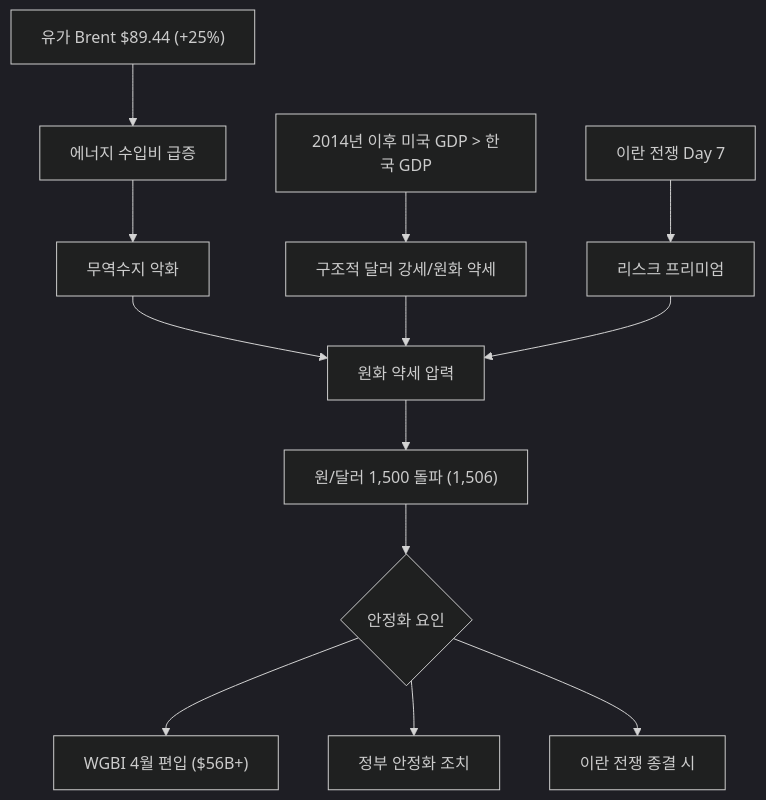
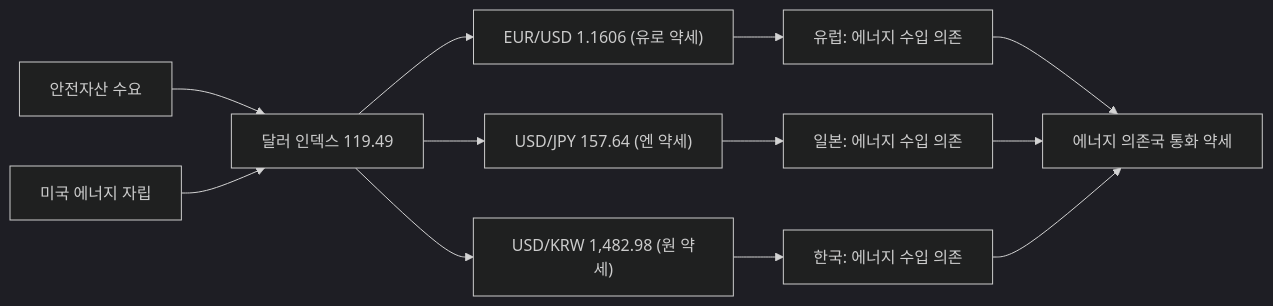
Before and after one commit to dss99911/dss99911.github.io: the third of 8 diagrams in _posts/knowledge/invest/2026-01-21-macroeconomic-policy-sector-outlook-2026.md, drawn with Mermaid (dark theme). The commit also changed other lines of this file and 4 other files, not shown here.

````diff
--- a/_posts/knowledge/invest/2026-01-21-macroeconomic-policy-sector-outlook-2026.md
+++ b/_posts/knowledge/invest/2026-01-21-macroeconomic-policy-sector-outlook-2026.md
@@ -159,15 +175,14 @@
 ```mermaid
-graph TD
-    A["2014년 이후 미국 GDP > 한국 GDP"] --> B["구조적 달러 강세/원화 약세"]
-    C["유가 Brent $89.44 (+25%)"] --> D["에너지 수입비 급증"]
-    D --> E["무역수지 악화"]
-    E --> F["원화 약세 압력"]
-    B --> F
-    G["이란 전쟁 Day 7"] --> H["리스크 프리미엄"]
-    H --> F
-    F --> I["원/달러 1,500 돌파 (1,506)"]
-    I --> J{"안정화 요인"}
-    J --> K["WGBI 4월 편입 ($56B+)"]
-    J --> L["정부 안정화 조치"]
-    J --> M["이란 전쟁 종결 시"]
+graph LR
+    A["안전자산 수요"] --> C["달러 인덱스 119.49"]
+    B["미국 에너지 자립"] --> C
+    C --> D["EUR/USD 1.1606 (유로 약세)"]
+    C --> E["USD/JPY 157.64 (엔 약세)"]
+    C --> F["USD/KRW 1,482.98 (원 약세)"]
+    D --> G["유럽: 에너지 수입 의존"]
+    E --> H["일본: 에너지 수입 의존"]
+    F --> I["한국: 에너지 수입 의존"]
+    G --> J["에너지 의존국 통화 약세"]
+    H --> J
+    I --> J
 ```
````
